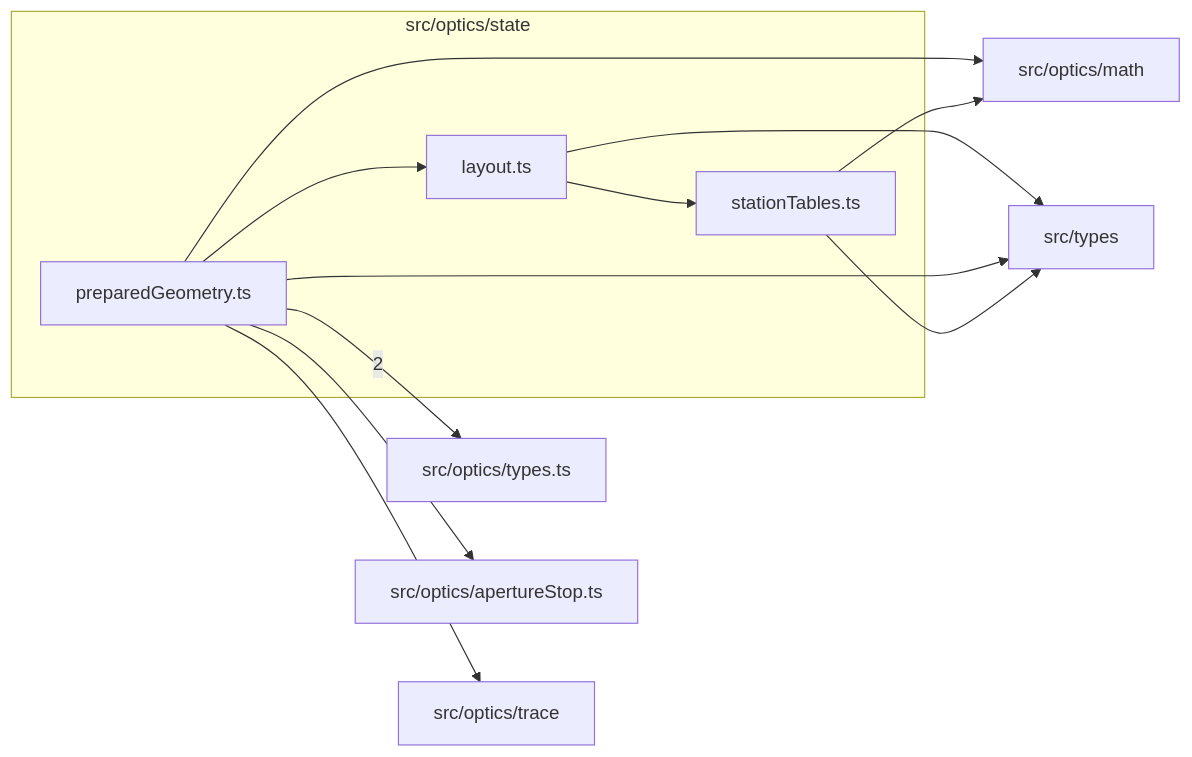
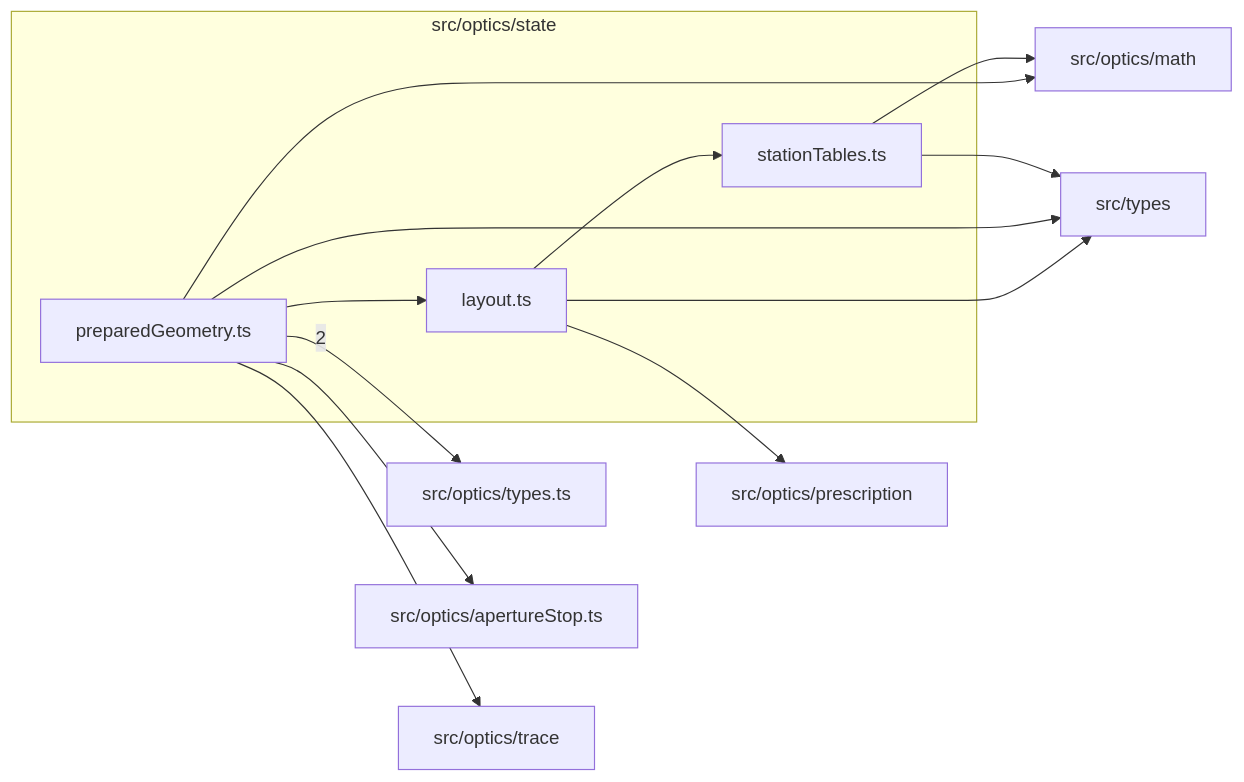
One commit to ronbuening/LensVisualizer changed the diagram in src/optics/state/readme.md. Above: the diagram before and after it, drawn with Mermaid. The commit also changed other lines of this file and 23 other files, not shown here.

````diff
--- a/src/optics/state/readme.md
+++ b/src/optics/state/readme.md
@@ -9,23 +9,25 @@
 ```mermaid
 flowchart LR
   subgraph n_src_optics_state["src/optics/state"]
     n_src_optics_state_src_optics_state_layout_ts["layout.ts"]
     n_src_optics_state_src_optics_state_preparedGeometry_ts["preparedGeometry.ts"]
     n_src_optics_state_src_optics_state_stationTables_ts["stationTables.ts"]
   end
   n_external_src_optics_types_ts["src/optics/types.ts"]
   n_external_src_optics_apertureStop_ts["src/optics/apertureStop.ts"]
   n_external_src_optics_math["src/optics/math"]
+  n_external_src_optics_prescription["src/optics/prescription"]
   n_external_src_optics_trace["src/optics/trace"]
   n_external_src_types["src/types"]
   n_src_optics_state_src_optics_state_preparedGeometry_ts --> |2| n_external_src_optics_types_ts
   n_src_optics_state_src_optics_state_preparedGeometry_ts --> n_external_src_optics_apertureStop_ts
   n_src_optics_state_src_optics_state_preparedGeometry_ts --> n_external_src_optics_math
   n_src_optics_state_src_optics_state_stationTables_ts --> n_external_src_optics_math
+  n_src_optics_state_src_optics_state_layout_ts --> n_external_src_optics_prescription
   n_src_optics_state_src_optics_state_preparedGeometry_ts --> n_external_src_optics_trace
   n_src_optics_state_src_optics_state_layout_ts --> n_external_src_types
   n_src_optics_state_src_optics_state_preparedGeometry_ts --> n_external_src_types
   n_src_optics_state_src_optics_state_stationTables_ts --> n_external_src_types
   n_src_optics_state_src_optics_state_preparedGeometry_ts --> n_src_optics_state_src_optics_state_layout_ts
   n_src_optics_state_src_optics_state_layout_ts --> n_src_optics_state_src_optics_state_stationTables_ts
 ```
````
